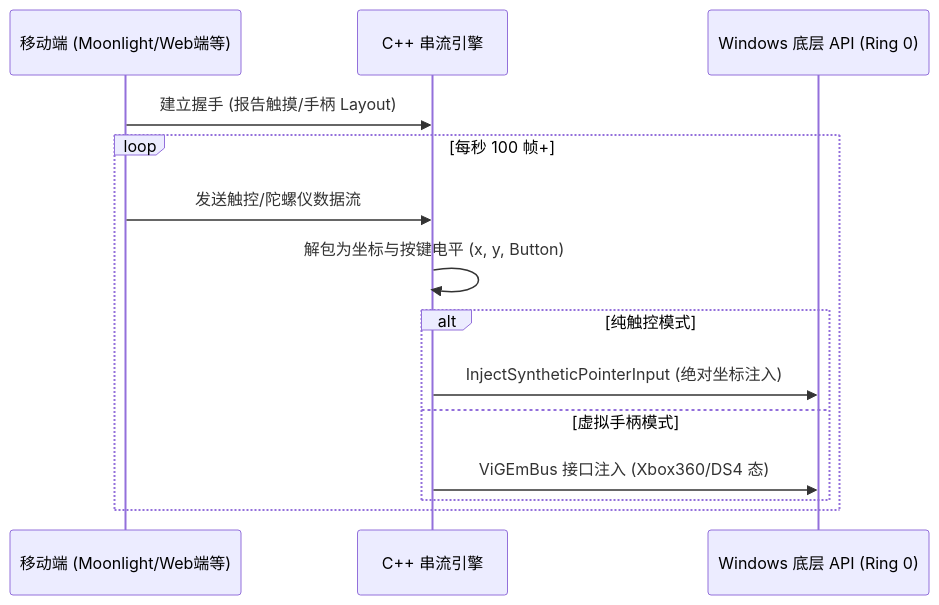
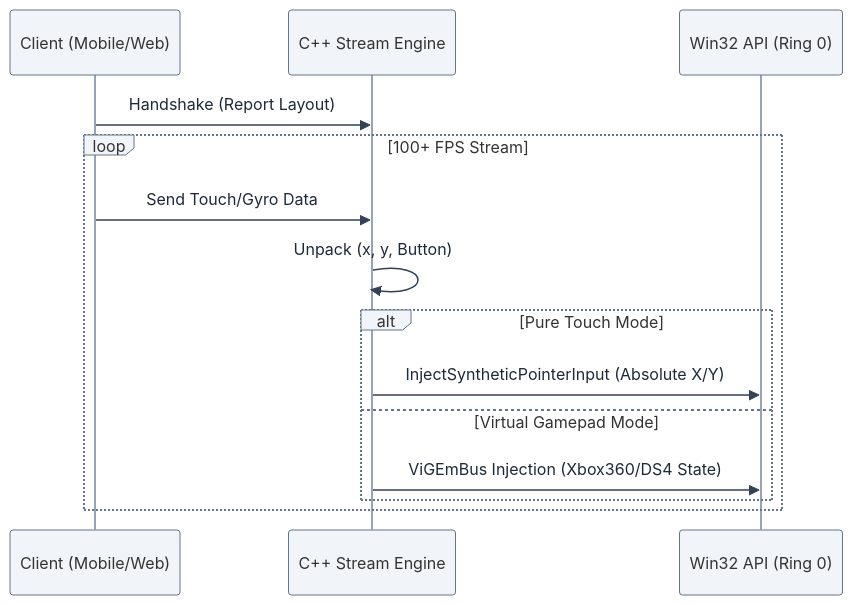
The second of 5 diagrams in thesis/chapter4/system_design.md (Roxy-DD/galremote), drawn with Mermaid before and after one commit. The commit also changed other lines of this file and 1 other file, not shown here.

Commit message:
style(thesis): refactor all diagrams to top-tier academic English flat style

````diff
--- a/thesis/chapter4/system_design.md
+++ b/thesis/chapter4/system_design.md
@@ -72,17 +80,18 @@
 ```mermaid
+%%{init: {'theme': 'base', 'themeVariables': { 'actorBkg': '#F1F5F9', 'actorBorder': '#64748B', 'actorLineColor': '#94A3B8', 'signalColor': '#334155', 'signalTextColor': '#1E293B', 'fontFamily': 'arial'}}}%%
 sequenceDiagram
-    participant Client as 移动端 (Moonlight/Web端等)
-    participant Cpp as C++ 串流引擎
-    participant WinAPI as Windows 底层 API (Ring 0)
+    participant Client as Client (Mobile/Web)
+    participant Cpp as C++ Stream Engine
+    participant WinAPI as Win32 API (Ring 0)
     
-    Client->>Cpp: 建立握手 (报告触摸/手柄 Layout)
-    loop 每秒 100 帧+
-        Client->>Cpp: 发送触控/陀螺仪数据流
-        Cpp->>Cpp: 解包为坐标与按键电平 (x, y, Button)
-        alt 纯触控模式
-            Cpp->>WinAPI: InjectSyntheticPointerInput (绝对坐标注入)
-        else 虚拟手柄模式
-            Cpp->>WinAPI: ViGEmBus 接口注入 (Xbox360/DS4 态)
+    Client->>Cpp: Handshake (Report Layout)
+    loop 100+ FPS Stream
+        Client->>Cpp: Send Touch/Gyro Data
+        Cpp->>Cpp: Unpack (x, y, Button)
+        alt Pure Touch Mode
+            Cpp->>WinAPI: InjectSyntheticPointerInput (Absolute X/Y)
+        else Virtual Gamepad Mode
+            Cpp->>WinAPI: ViGEmBus Injection (Xbox360/DS4 State)
         end
     end
 ```
````
